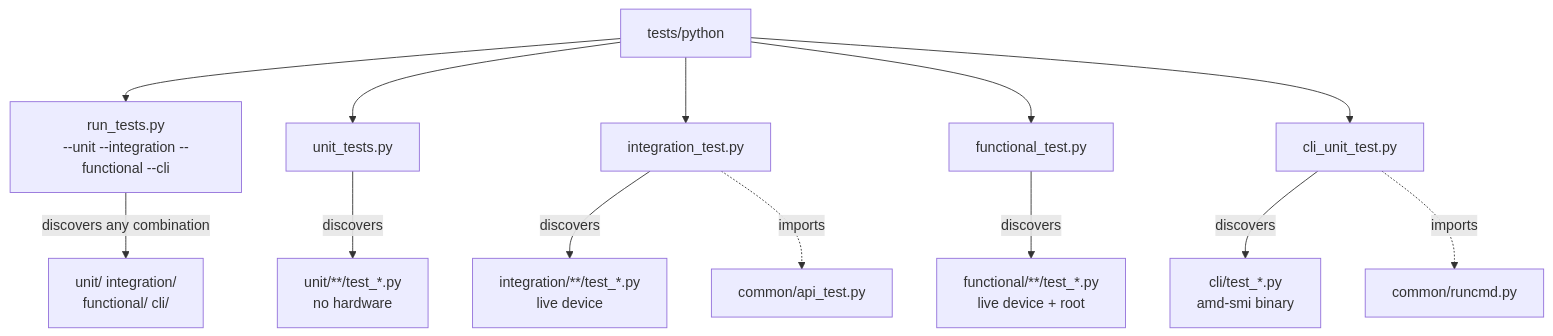
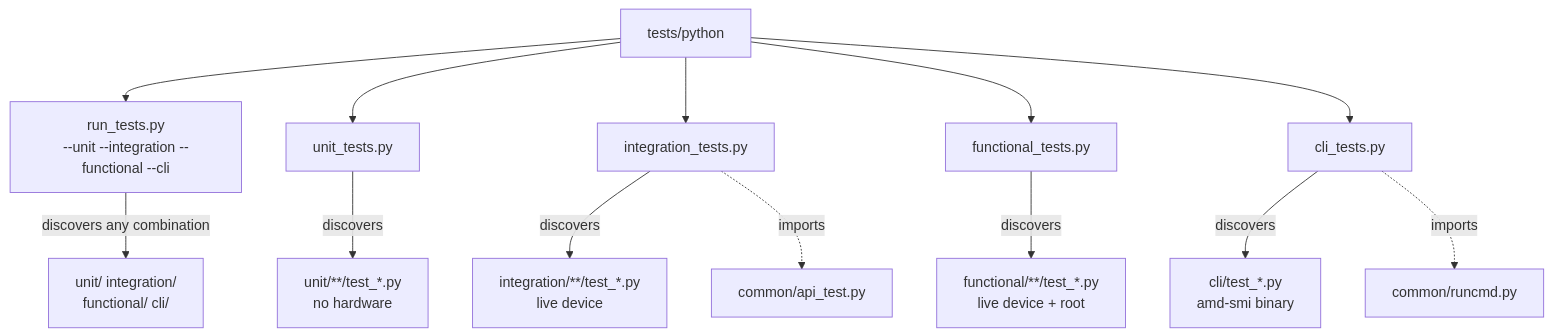
One commit to ROCm/rocm-systems changed the first of 4 diagrams in projects/amdsmi/tests/python/README.md. Above: the diagram before and after it, drawn with Mermaid. The commit also changed other lines of this file and 9 other files, not shown here.

First line of the commit message:
test(amdsmi): name every python tier runner <tier>_tests.py

````diff
--- a/projects/amdsmi/tests/python/README.md
+++ b/projects/amdsmi/tests/python/README.md
@@ -51,15 +51,15 @@
 ```mermaid
 graph TD
     A[tests/python] --> R["run_tests.py<br/>--unit --integration --functional --cli"]
     A --> U[unit_tests.py]
-    A --> I[integration_test.py]
-    A --> F[functional_test.py]
-    A --> C[cli_unit_test.py]
+    A --> I[integration_tests.py]
+    A --> F[functional_tests.py]
+    A --> C[cli_tests.py]
     R -->|discovers any combination| ALL[unit/ integration/<br/>functional/ cli/]
     U -->|discovers| UU[unit/**/test_*.py<br/>no hardware]
     I -->|discovers| II[integration/**/test_*.py<br/>live device]
     F -->|discovers| FF[functional/**/test_*.py<br/>live device + root]
     C -->|discovers| CC[cli/test_*.py<br/>amd-smi binary]
     I -.imports.-> CM[common/api_test.py]
     C -.imports.-> RC[common/runcmd.py]
 ```
````
